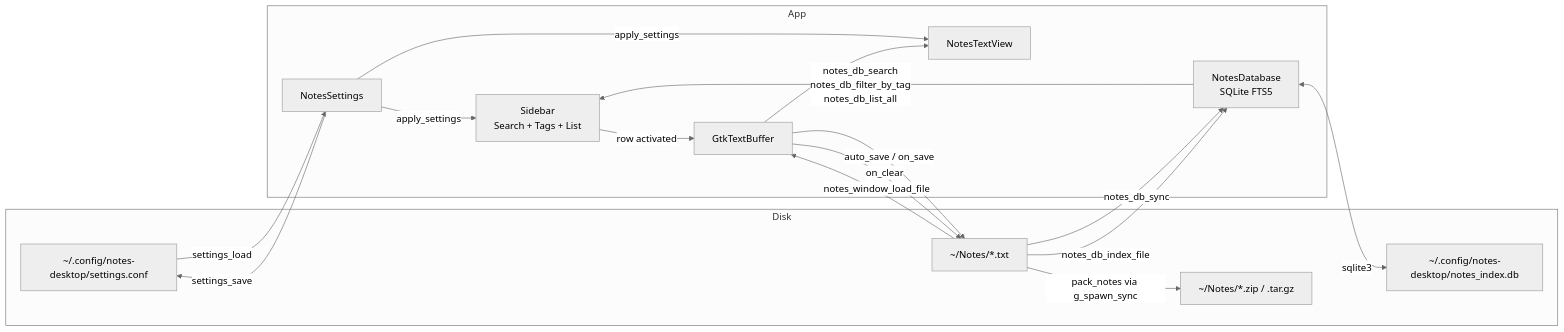
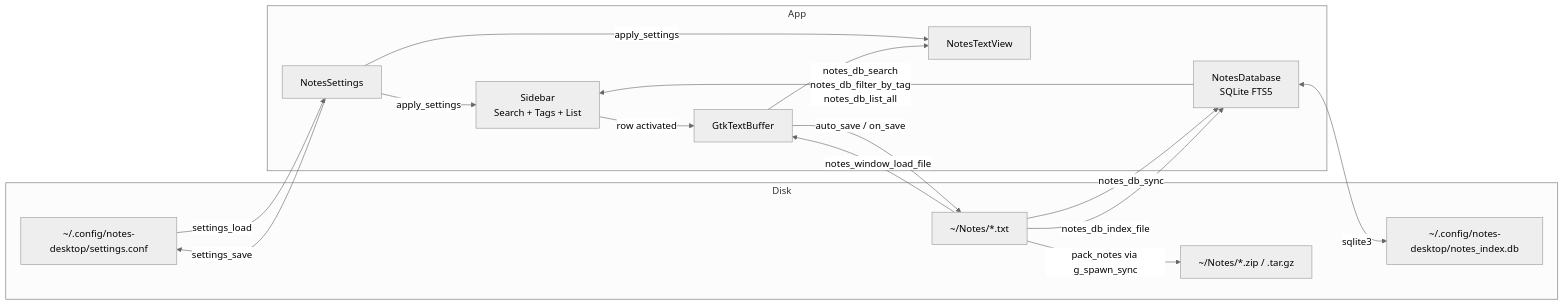
The fourth of 7 diagrams in docs/diagrams.md (dkrse/notes-desktop), drawn with Mermaid (neutral theme) before and after one commit. The commit also changed other lines of this file and 13 other files, not shown here.

````diff
--- a/docs/diagrams.md
+++ b/docs/diagrams.md
@@ -146,35 +145,34 @@
 ```mermaid
 flowchart LR
     subgraph Disk
         CF[~/.config/notes-desktop/settings.conf]
         DB[~/.config/notes-desktop/notes_index.db]
         NF[~/Notes/*.txt]
         AR[~/Notes/*.zip / .tar.gz]
     end
 
     subgraph App
         S[NotesSettings]
         IDX[NotesDatabase<br/>SQLite FTS5]
         B[GtkTextBuffer]
         TV[NotesTextView]
         SB[Sidebar<br/>Search + Tags + List]
     end
 
     CF -->|settings_load| S
     S -->|settings_save| CF
 
     NF -->|notes_db_sync| IDX
     NF -->|notes_window_load_file| B
     B -->|auto_save / on_save| NF
-    B -->|on_clear| NF
     NF -->|notes_db_index_file| IDX
     NF -->|pack_notes via g_spawn_sync| AR
 
     IDX -->|notes_db_search<br/>notes_db_filter_by_tag<br/>notes_db_list_all| SB
     IDX <-->|sqlite3| DB
 
     S -->|apply_settings| TV
     S -->|apply_settings| SB
     B --> TV
     SB -->|row activated| B
 ```
````
